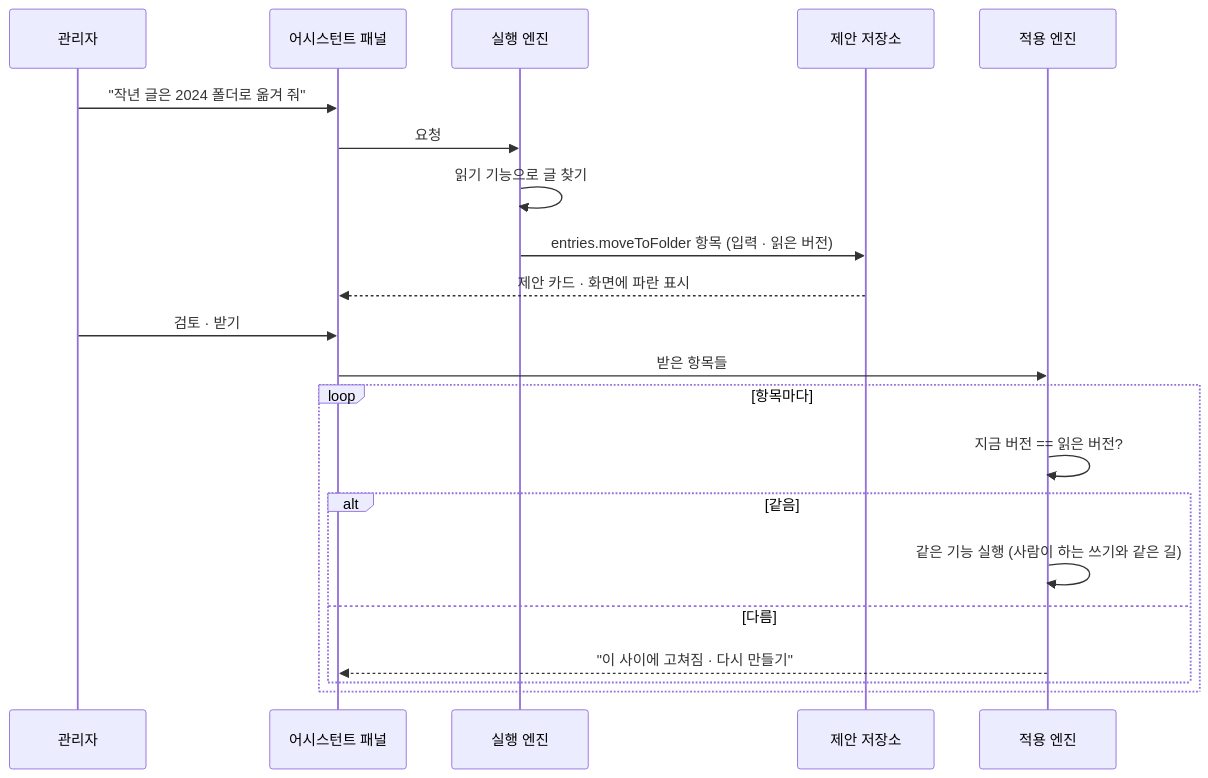
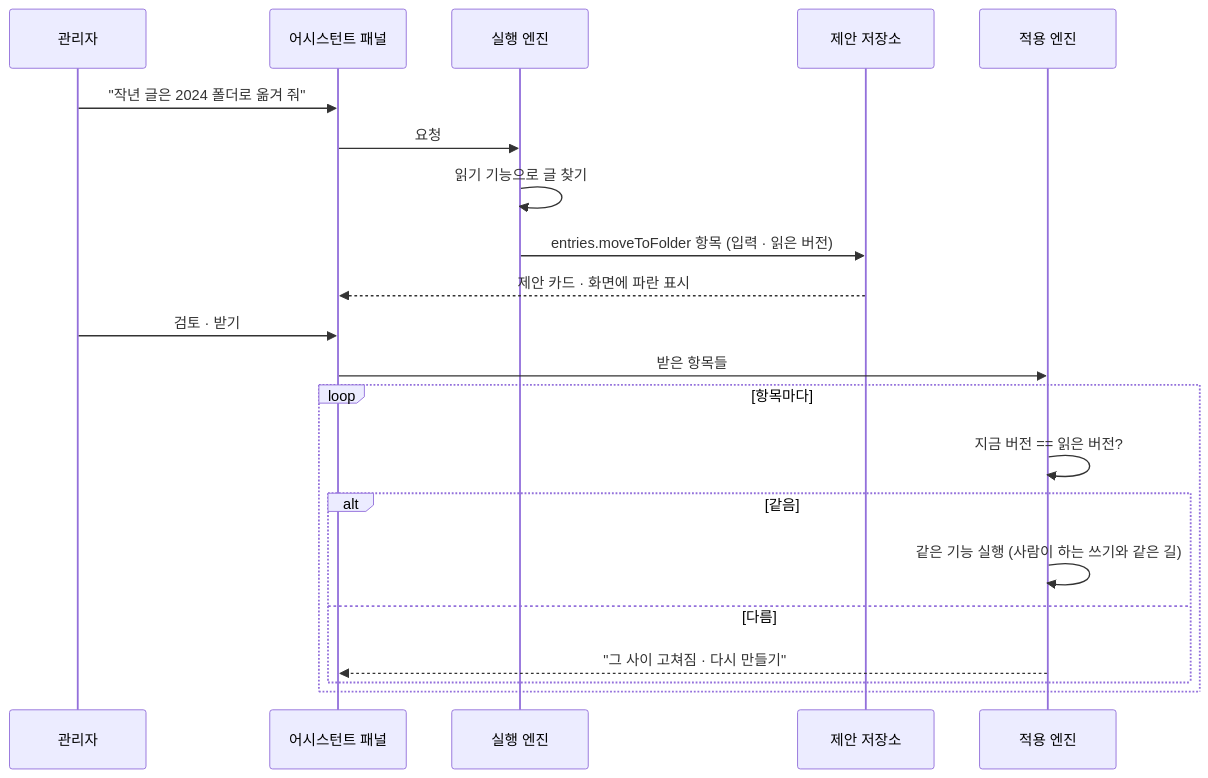
Before and after one commit to monti-cms/monti: the fourth of 7 diagrams in docs/design/features/00-foundation.md, drawn with Mermaid. The commit also changed 14 other files, not shown here.

````diff
--- a/docs/design/features/00-foundation.md
+++ b/docs/design/features/00-foundation.md
@@ -154,24 +154,24 @@
 ```mermaid
 sequenceDiagram
   participant U as 관리자
   participant P as 어시스턴트 패널
   participant E as 실행 엔진
   participant R as 제안 저장소
   participant X as 적용 엔진
 
   U->>P: "작년 글은 2024 폴더로 옮겨 줘"
   P->>E: 요청
   E->>E: 읽기 기능으로 글 찾기
   E->>R: entries.moveToFolder 항목 (입력 · 읽은 버전)
   R-->>P: 제안 카드 · 화면에 파란 표시
   U->>P: 검토 · 받기
   P->>X: 받은 항목들
   loop 항목마다
     X->>X: 지금 버전 == 읽은 버전?
     alt 같음
       X->>X: 같은 기능 실행 (사람이 하는 쓰기와 같은 길)
     else 다름
-      X-->>P: "이 사이에 고쳐짐 · 다시 만들기"
+      X-->>P: "그 사이 고쳐짐 · 다시 만들기"
     end
   end
 ```
````
